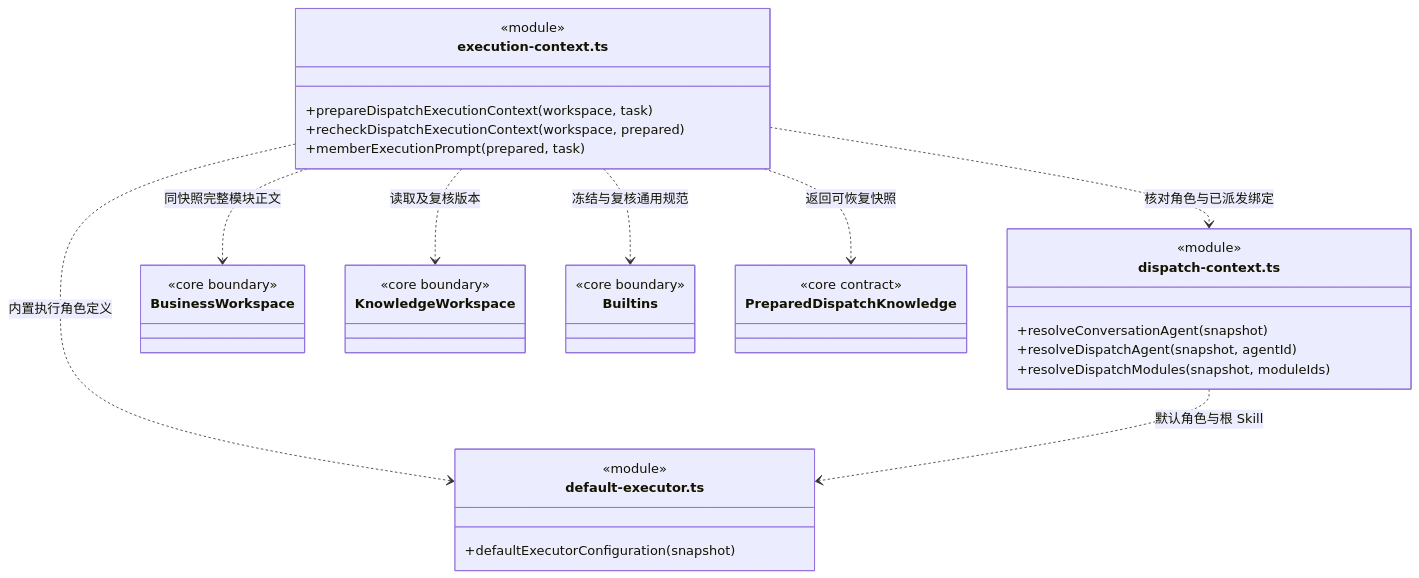
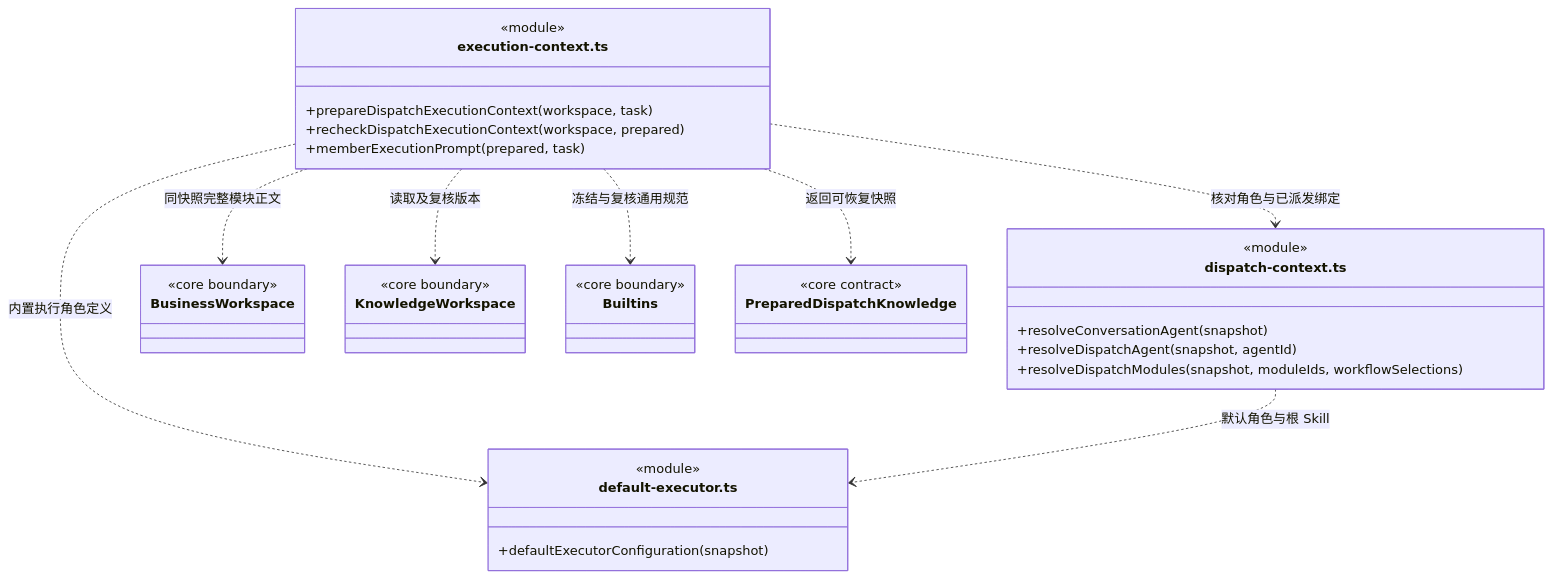
One commit to nan023062/cbim changed the eighth of 8 diagrams in src/backend/scheduler-engine/context/ARCHITECTURE.md. Above: the diagram before and after it, drawn with Mermaid. The commit also changed other lines of this file and 61 other files, not shown here.

````diff
--- a/src/backend/scheduler-engine/context/ARCHITECTURE.md
+++ b/src/backend/scheduler-engine/context/ARCHITECTURE.md
@@ -189,30 +191,30 @@
 ```mermaid
 classDiagram
 class ExecutionContext["execution-context.ts"] {
   <<module>>
   +prepareDispatchExecutionContext(workspace, task)
   +recheckDispatchExecutionContext(workspace, prepared)
   +memberExecutionPrompt(prepared, task)
 }
 class DispatchContext["dispatch-context.ts"] {
   <<module>>
   +resolveConversationAgent(snapshot)
   +resolveDispatchAgent(snapshot, agentId)
-  +resolveDispatchModules(snapshot, moduleIds)
+  +resolveDispatchModules(snapshot, moduleIds, workflowSelections)
 }
 class BusinessWorkspace { <<core boundary>> }
 class DefaultExecutor["default-executor.ts"] {
   <<module>>
   +defaultExecutorConfiguration(snapshot)
 }
 class KnowledgeWorkspace { <<core boundary>> }
 class Builtins { <<core boundary>> }
 class PreparedDispatchKnowledge { <<core contract>> }
 ExecutionContext ..> DispatchContext : 核对角色与已派发绑定
 ExecutionContext ..> DefaultExecutor : 内置执行角色定义
 DispatchContext ..> DefaultExecutor : 默认角色与根 Skill
 ExecutionContext ..> BusinessWorkspace : 同快照完整模块正文
 ExecutionContext ..> KnowledgeWorkspace : 读取及复核版本
 ExecutionContext ..> Builtins : 冻结与复核通用规范
 ExecutionContext ..> PreparedDispatchKnowledge : 返回可恢复快照
 ```
````
